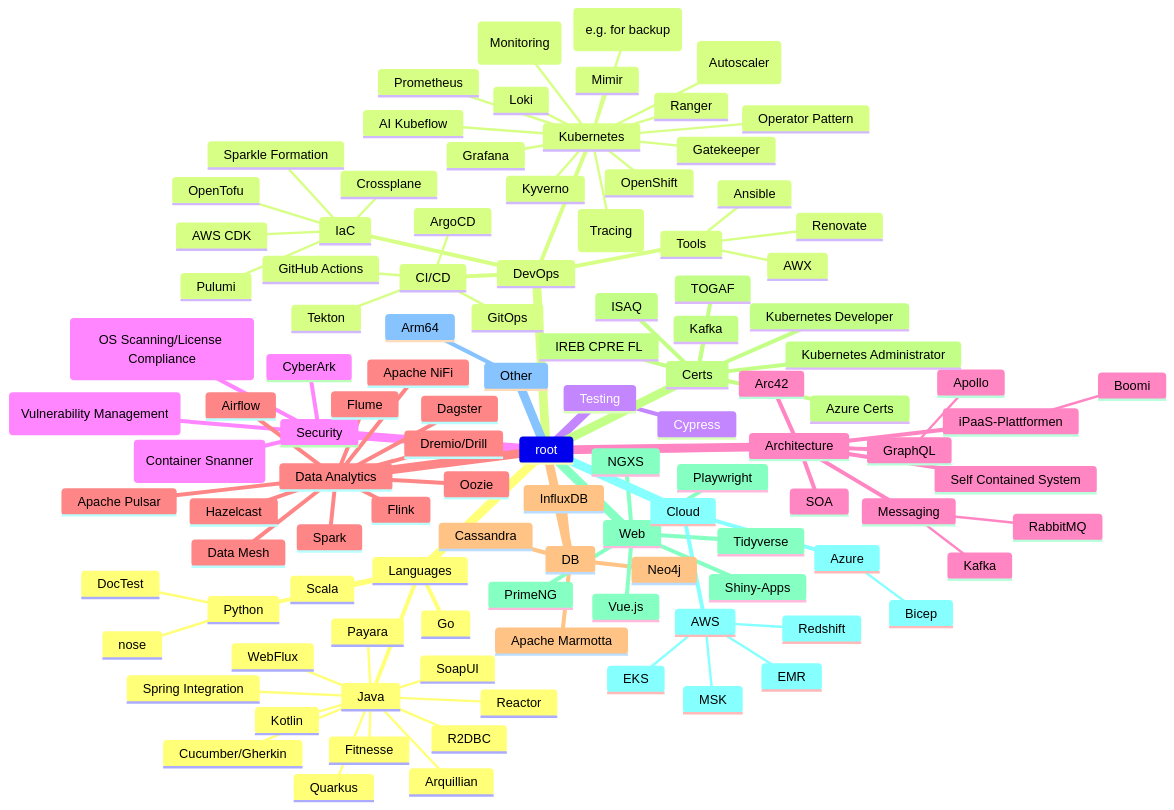
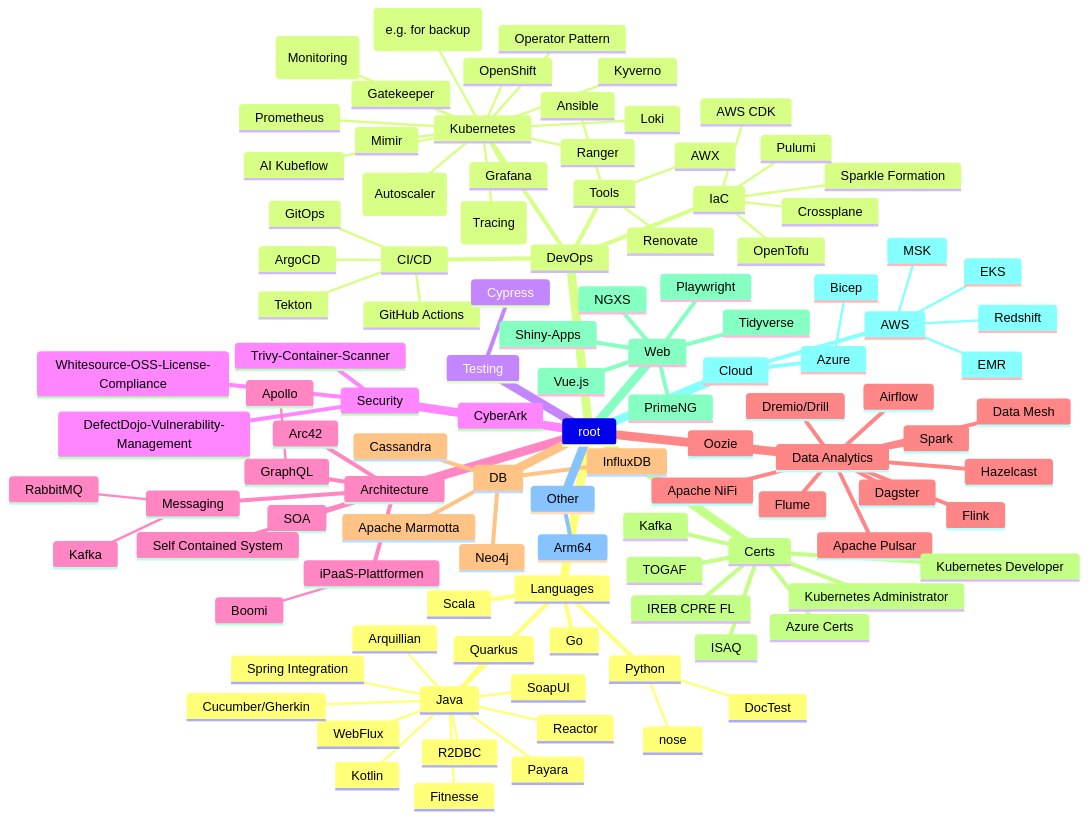
Before and after one commit to thinkaboutcode/knowledge-base: the diagram in trends_cheatsheet.md, drawn with Mermaid.

Commit message:
modified cheatsheet for security scanner

```diff
--- a/trends_cheatsheet.md
+++ b/trends_cheatsheet.md
@@ -55,9 +55,9 @@
     Testing
       Cypress
     Security
-      Whitesource(OS Scanning/License Compliance)
-      Trivy(Container Snanner)
-      DefectDojo(Vulnerability Management)
+      Whitesource-OSS-License-Compliance
+      Trivy-Container-Scanner
+      DefectDojo-Vulnerability-Management
       CyberArk
     Architecture
       SOA
```
